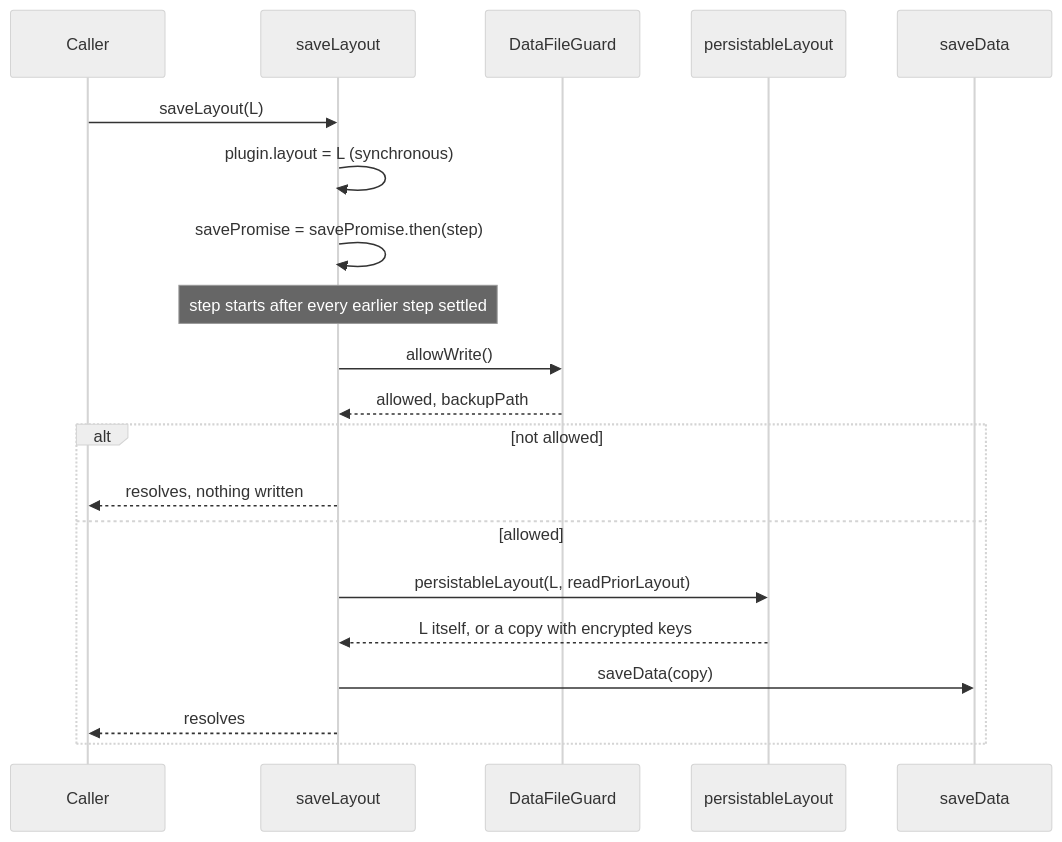
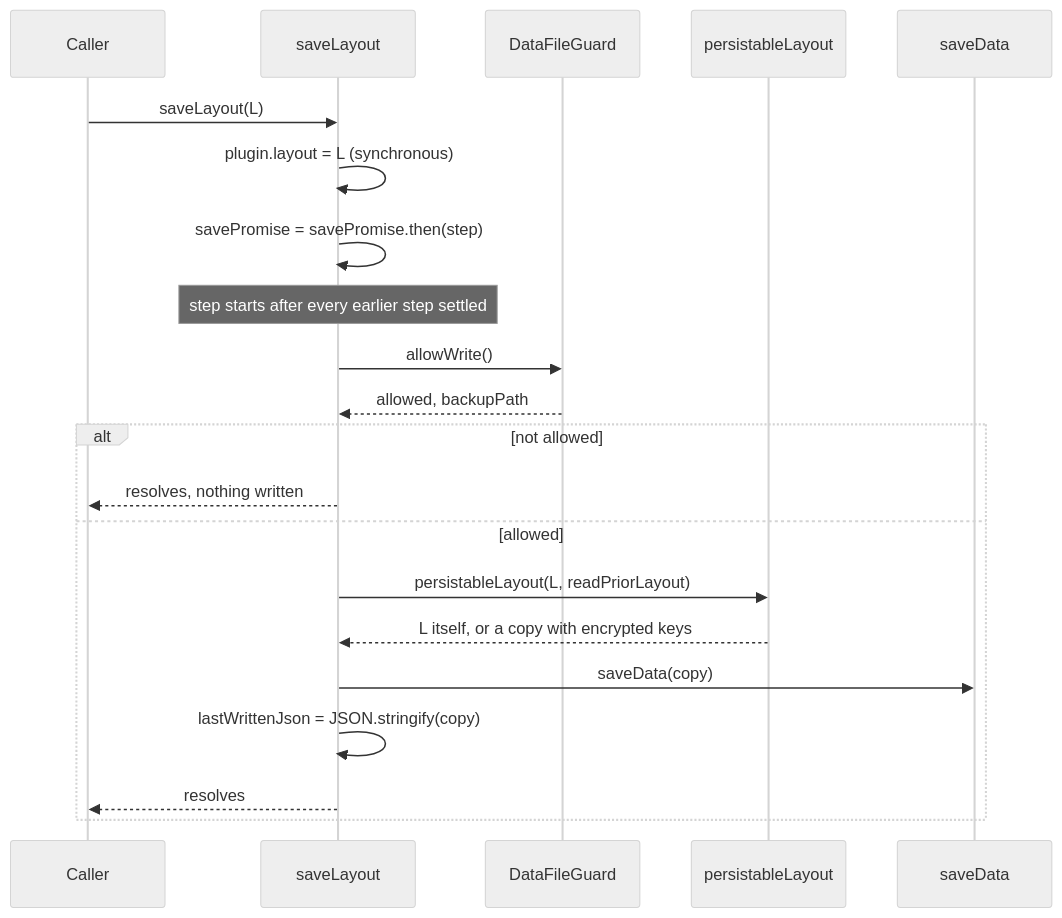
The fourth of 4 diagrams in docs/data-model.md (acaprino/obsidian-plugin-homepage), drawn with Mermaid (neutral theme) before and after one commit. The commit also changed other lines of this file and 10 other files, not shown here.

````diff
--- a/docs/data-model.md
+++ b/docs/data-model.md
@@ -359,22 +382,23 @@
 ```mermaid
 sequenceDiagram
   participant C as Caller
   participant P as saveLayout
   participant G as DataFileGuard
   participant K as persistableLayout
   participant D as saveData
   C->>P: saveLayout(L)
   P->>P: plugin.layout = L (synchronous)
   P->>P: savePromise = savePromise.then(step)
   Note over P: step starts after every earlier step settled
   P->>G: allowWrite()
   G-->>P: allowed, backupPath
   alt not allowed
     P-->>C: resolves, nothing written
   else allowed
     P->>K: persistableLayout(L, readPriorLayout)
     K-->>P: L itself, or a copy with encrypted keys
     P->>D: saveData(copy)
+    P->>P: lastWrittenJson = JSON.stringify(copy)
     P-->>C: resolves
   end
 ```
````
